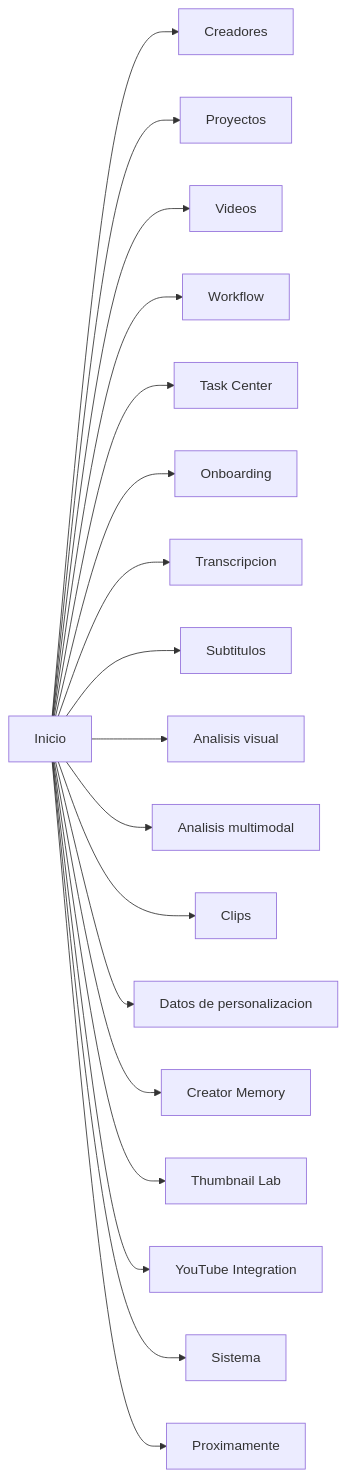
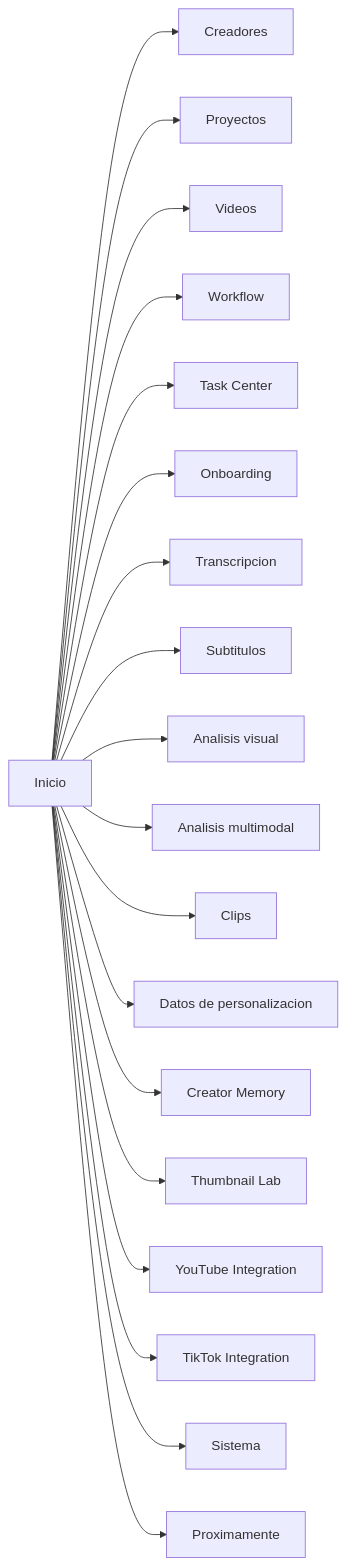
Before and after one commit to AS26-Lab/Creator_Inteligence_Studio: the diagram in docs/UI_MAP.md, drawn with Mermaid. The commit also changed other lines of this file and 75 other files, not shown here.

````diff
--- a/docs/UI_MAP.md
+++ b/docs/UI_MAP.md
@@ -5,20 +5,21 @@
 ```mermaid
 flowchart LR
     Home[Inicio] --> Creators[Creadores]
     Home --> Projects[Proyectos]
     Home --> Media[Videos]
     Home --> Workflow[Workflow]
     Home --> Tasks[Task Center]
     Home --> Onboarding[Onboarding]
     Home --> Transcription[Transcripcion]
     Home --> Subtitles[Subtitulos]
     Home --> Visual[Analisis visual]
     Home --> Multimodal[Analisis multimodal]
     Home --> Clips[Clips]
     Home --> Personalization[Datos de personalizacion]
     Home --> CreatorMemory[Creator Memory]
     Home --> Packaging[Thumbnail Lab]
     Home --> YouTube[YouTube Integration]
+    Home --> TikTok[TikTok Integration]
     Home --> System[Sistema]
     Home --> Future[Proximamente]
 ```
````
